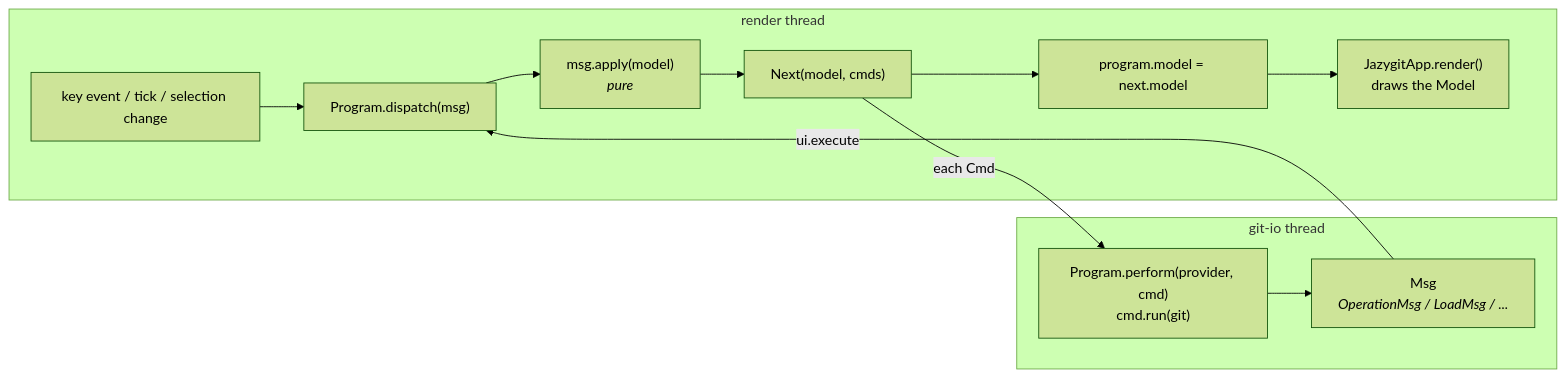
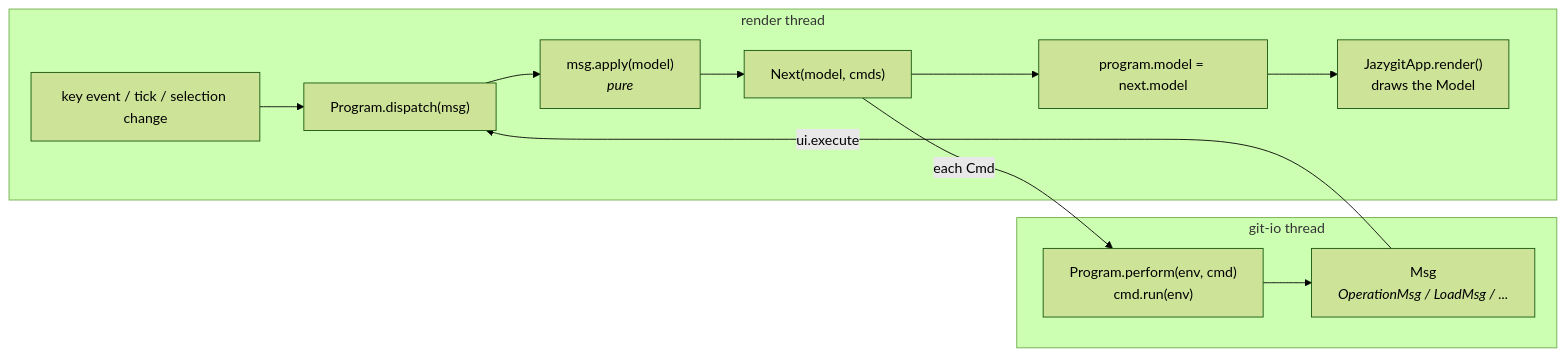
Before and after one commit to cvanfleteren/jazygit: the second of 7 diagrams in ARCHITECTURE.md, drawn with Mermaid (forest theme). The commit also changed other lines of this file and 5 other files, not shown here.

````diff
--- a/ARCHITECTURE.md
+++ b/ARCHITECTURE.md
@@ -75,15 +104,15 @@
 ```mermaid
 flowchart LR
     subgraph render["render thread"]
         Event["key event / tick / selection change"] --> Dispatch["Program.dispatch(msg)"]
         Dispatch --> Update["msg.apply(model)<br/><i>pure</i>"]
         Update --> Next["Next(model, cmds)"]
         Next --> Store["program.model = next.model"]
         Store --> Render["JazygitApp.render()<br/>draws the Model"]
     end
     subgraph io["git-io thread"]
-        Perform["Program.perform(provider, cmd)<br/>cmd.run(git)"] --> Result["Msg<br/><i>OperationMsg / LoadMsg / ...</i>"]
+        Perform["Program.perform(env, cmd)<br/>cmd.run(env)"] --> Result["Msg<br/><i>OperationMsg / LoadMsg / ...</i>"]
     end
     Next -- "each Cmd" --> Perform
     Result -- "ui.execute" --> Dispatch
 ```
````
